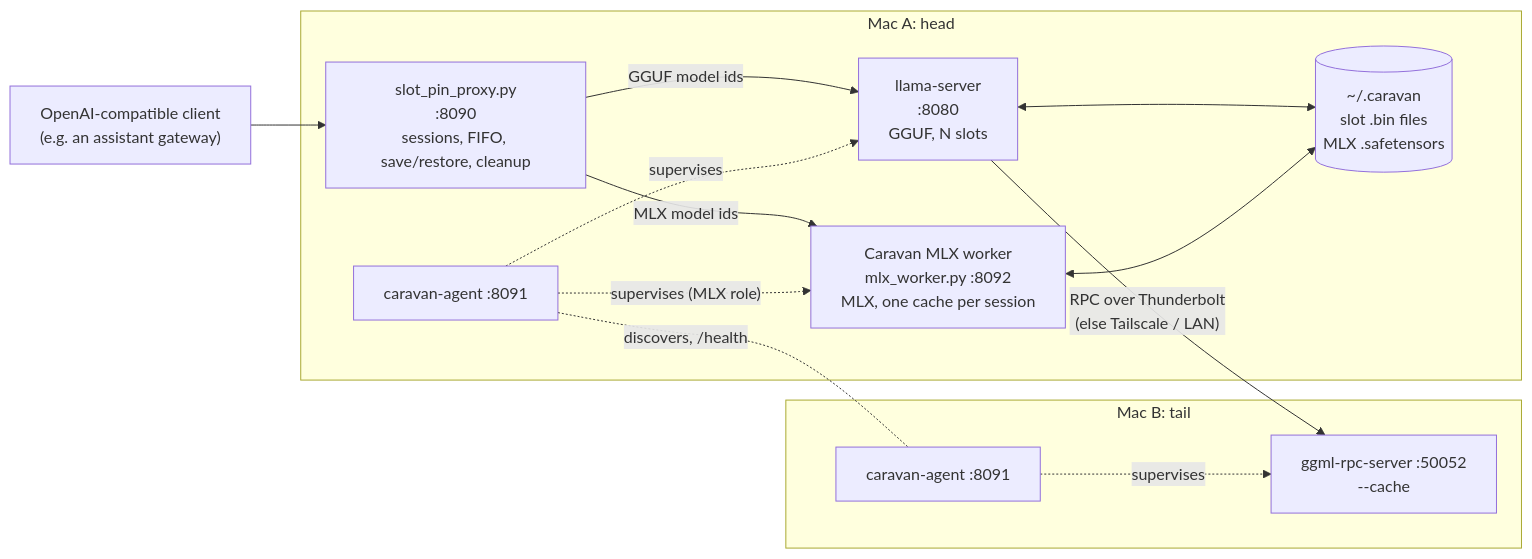
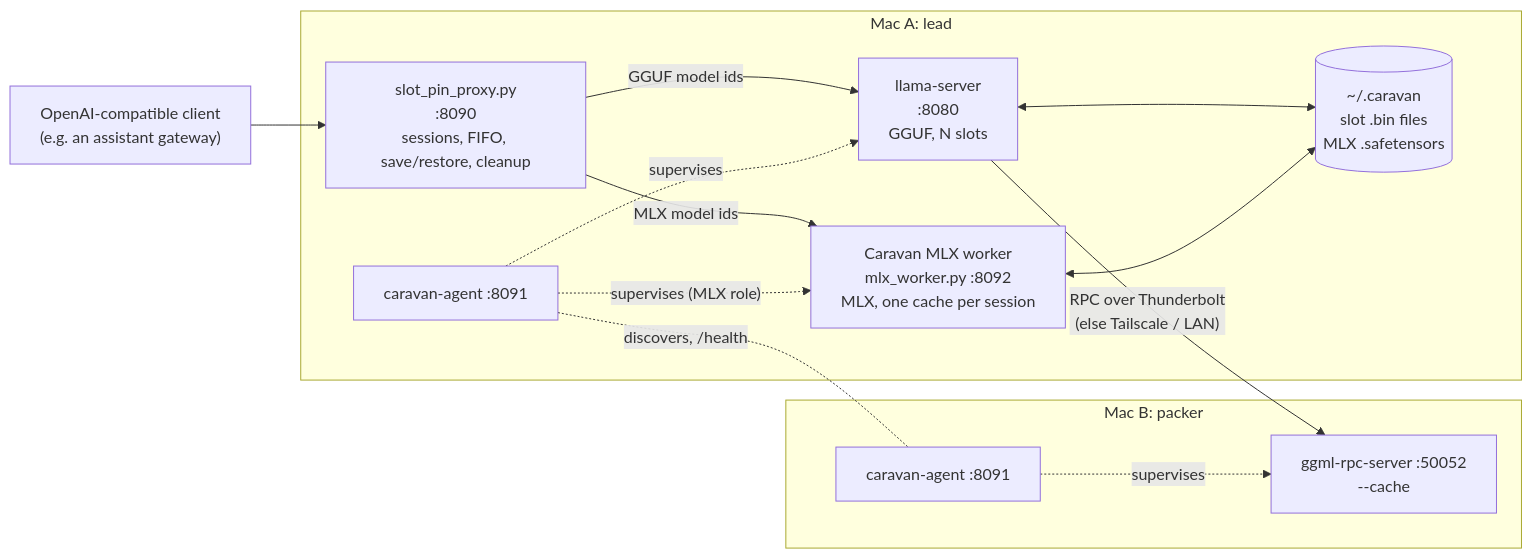
The first of 2 diagrams in docs/ARCHITECTURE.md (linuxbren/caravan), drawn with Mermaid before and after one commit. The commit also changed other lines of this file and 16 other files, not shown here.

````diff
--- a/docs/ARCHITECTURE.md
+++ b/docs/ARCHITECTURE.md
@@ -9,25 +21,25 @@
 ```mermaid
 flowchart LR
     client["OpenAI-compatible client<br/>(e.g. an assistant gateway)"]
-    subgraph head["Mac A: head"]
+    subgraph lead["Mac A: lead"]
         proxy["slot_pin_proxy.py<br/>:8090<br/>sessions, FIFO, save/restore, cleanup"]
         llama["llama-server<br/>:8080<br/>GGUF, N slots"]
         mlx["Caravan MLX worker<br/>mlx_worker.py :8092<br/>MLX, one cache per session"]
         disk[("~/.caravan<br/>slot .bin files<br/>MLX .safetensors")]
         agentA["caravan-agent :8091"]
     end
-    subgraph tail["Mac B: tail"]
+    subgraph packer["Mac B: packer"]
         rpc["ggml-rpc-server :50052<br/>--cache"]
         agentB["caravan-agent :8091"]
     end
     client --> proxy
     proxy -- "GGUF model ids" --> llama
     proxy -- "MLX model ids" --> mlx
     llama -- "RPC over Thunderbolt<br/>(else Tailscale / LAN)" --> rpc
     llama <--> disk
     mlx <--> disk
     agentA -. "discovers, /health" .- agentB
     agentA -. supervises .-> llama
     agentA -. "supervises (MLX role)" .-> mlx
     agentB -. supervises .-> rpc
 ```
````
